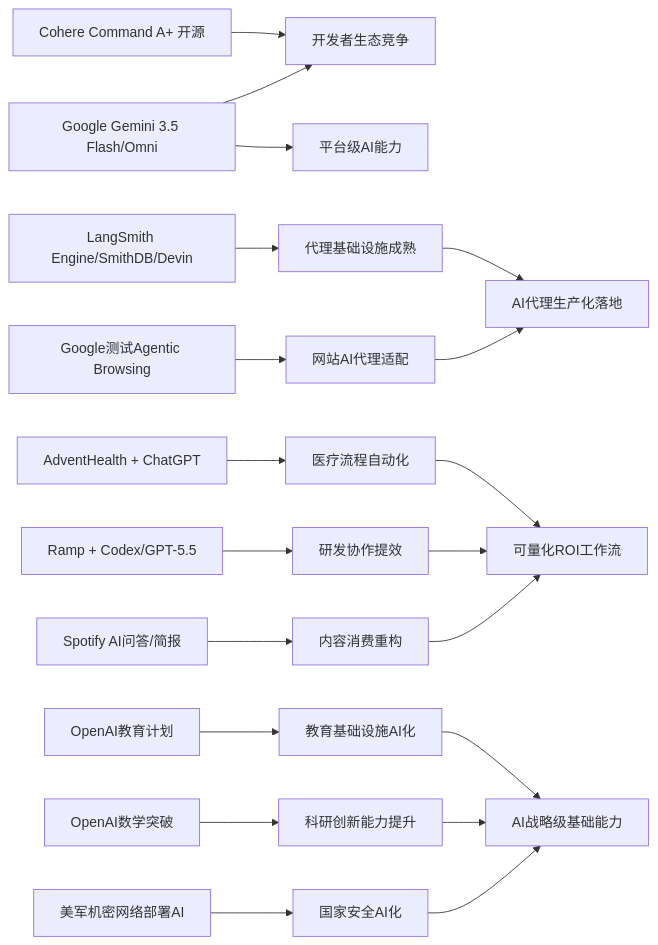
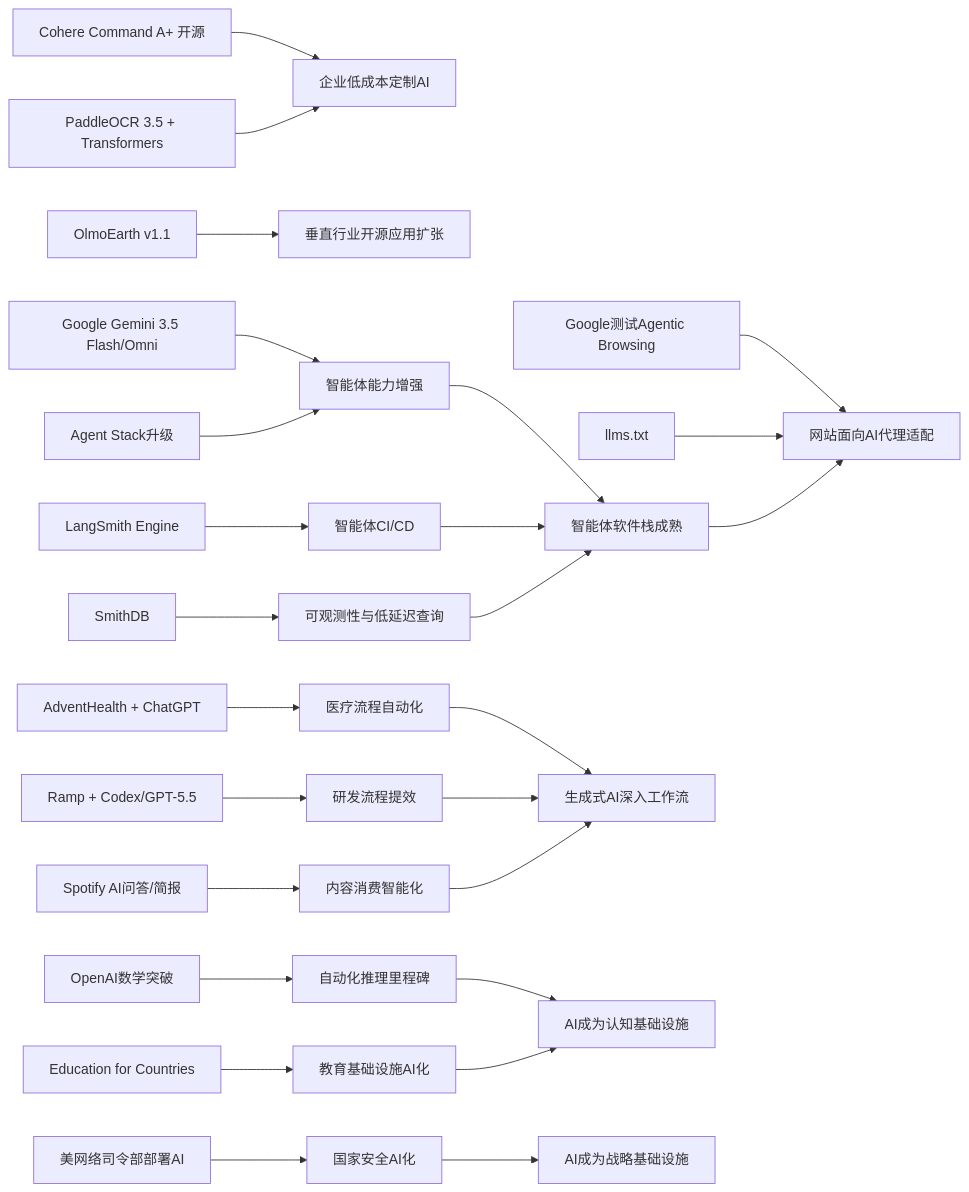
The diagram in content/cn/2026/2026-05/2026-05-22.md (zhuxinfei/ai-daily-site), drawn with Mermaid before and after one commit. The commit also changed other lines of this file, not shown here.

````diff
--- a/content/cn/2026/2026-05/2026-05-22.md
+++ b/content/cn/2026/2026-05/2026-05-22.md
@@ -110,25 +110,32 @@
 ```mermaid
 graph LR
-    A[Cohere Command A+ 开源] --> B[开发者生态竞争]
-    C[Google Gemini 3.5 Flash/Omni] --> B
-    C --> D[平台级AI能力]
-    
-    E[LangSmith Engine/SmithDB/Devin] --> F[代理基础设施成熟]
-    G[Google测试Agentic Browsing] --> H[网站AI代理适配]
-    F --> I[AI代理生产化落地]
-    H --> I
+    A[Cohere Command A+ 开源] --> B[企业低成本定制AI]
+    C[PaddleOCR 3.5 + Transformers] --> B
+    D[OlmoEarth v1.1] --> E[垂直行业开源应用扩张]
 
-    J[AdventHealth + ChatGPT] --> K[医疗流程自动化]
-    L[Ramp + Codex/GPT-5.5] --> M[研发协作提效]
-    N[Spotify AI问答/简报] --> O[内容消费重构]
-    K --> P[可量化ROI工作流]
-    M --> P
-    O --> P
+    F[Google Gemini 3.5 Flash/Omni] --> G[智能体能力增强]
+    H[Agent Stack升级] --> G
+    I[LangSmith Engine] --> J[智能体CI/CD]
+    K[SmithDB] --> L[可观测性与低延迟查询]
+    G --> M[智能体软件栈成熟]
+    J --> M
+    L --> M
 
-    Q[OpenAI教育计划] --> R[教育基础设施AI化]
-    S[OpenAI数学突破] --> T[科研创新能力提升]
-    U[美军机密网络部署AI] --> V[国家安全AI化]
-    R --> W[AI战略级基础能力]
+    N[Google测试Agentic Browsing] --> O[网站面向AI代理适配]
+    P[llms.txt] --> O
+    M --> O
+
+    Q[AdventHealth + ChatGPT] --> R[医疗流程自动化]
+    S[Ramp + Codex/GPT-5.5] --> T[研发流程提效]
+    U[Spotify AI问答/简报] --> V[内容消费智能化]
+    R --> W[生成式AI深入工作流]
     T --> W
     V --> W
+
+    X[OpenAI数学突破] --> Y[自动化推理里程碑]
+    Z[Education for Countries] --> AA[教育基础设施AI化]
+    AB[美网络司令部部署AI] --> AC[国家安全AI化]
+    Y --> AD[AI成为认知基础设施]
+    AA --> AD
+    AC --> AE[AI成为战略基础设施]
 ```
````
